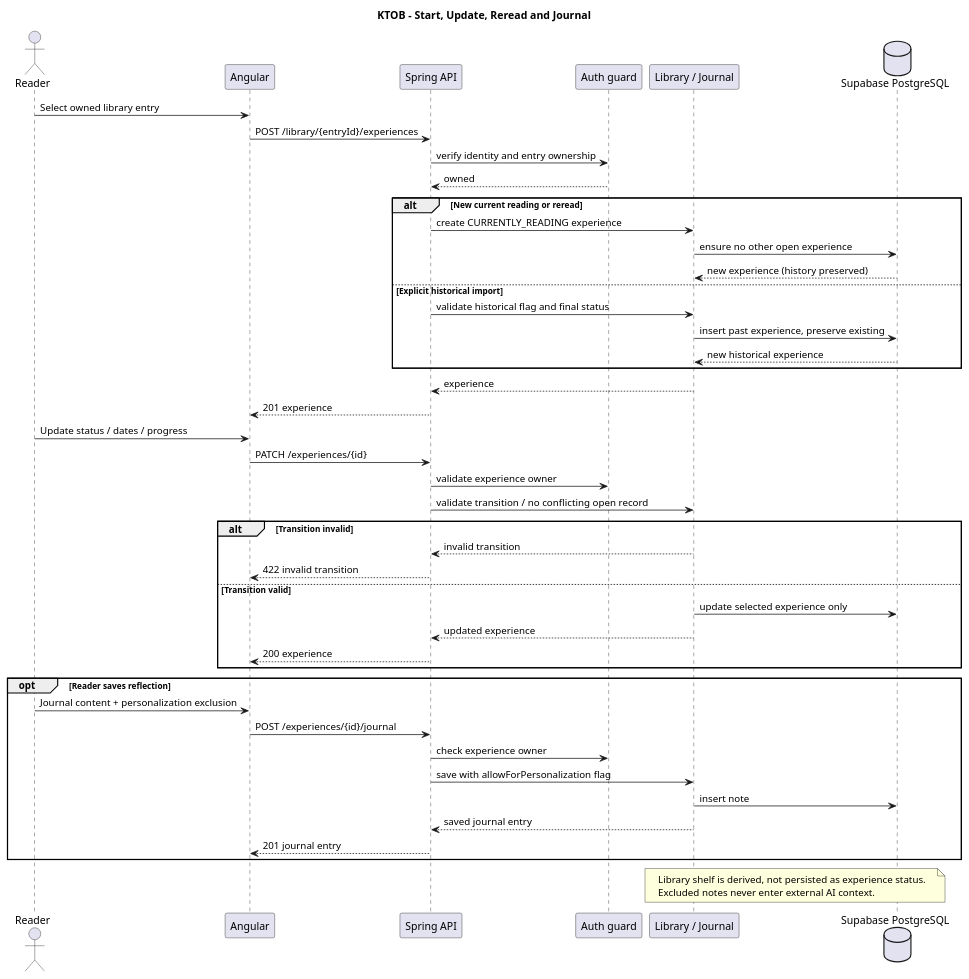
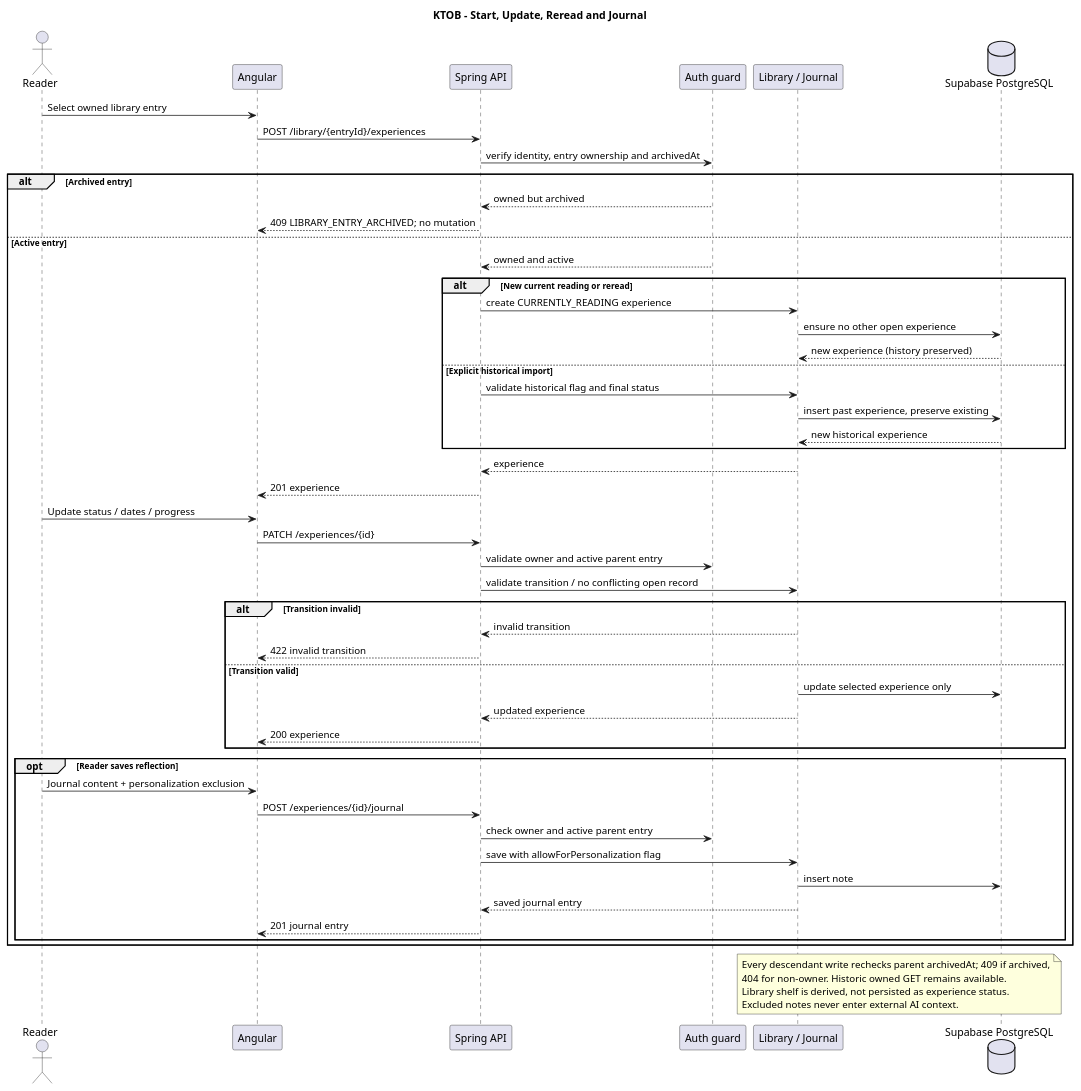
One commit to Adam-BArbia/ktob-literary-companion changed the diagram in docs/uml/08-sequence-reading-journal.puml. Above: the diagram before and after it, drawn with PlantUML. The commit also changed 15 other files, not shown here.

Commit message:
docs(architecture): resolve final UML, monetary and archival consistency gaps

```diff
--- a/docs/uml/08-sequence-reading-journal.puml
+++ b/docs/uml/08-sequence-reading-journal.puml
@@ -1,49 +1,56 @@
 @startuml KTOB_08_sequence_reading_journal
 title KTOB - Start, Update, Reread and Journal
 actor Reader
 participant "Angular" as UI
 participant "Spring API" as API
 participant "Auth guard" as Guard
 participant "Library / Journal" as Library
 database "Supabase PostgreSQL" as DB
 Reader -> UI : Select owned library entry
 UI -> API : POST /library/{entryId}/experiences
-API -> Guard : verify identity and entry ownership
-Guard --> API : owned
-alt New current reading or reread
+API -> Guard : verify identity, entry ownership and archivedAt
+alt Archived entry
+ Guard --> API : owned but archived
+ API --> UI : 409 LIBRARY_ENTRY_ARCHIVED; no mutation
+else Active entry
+ Guard --> API : owned and active
+ alt New current reading or reread
  API -> Library : create CURRENTLY_READING experience
  Library -> DB : ensure no other open experience
  DB --> Library : new experience (history preserved)
 else Explicit historical import
  API -> Library : validate historical flag and final status
  Library -> DB : insert past experience, preserve existing
  DB --> Library : new historical experience
-end
+ end
 Library --> API : experience
 API --> UI : 201 experience
 Reader -> UI : Update status / dates / progress
 UI -> API : PATCH /experiences/{id}
-API -> Guard : validate experience owner
+API -> Guard : validate owner and active parent entry
 API -> Library : validate transition / no conflicting open record
 alt Transition invalid
  Library --> API : invalid transition
 API --> UI : 422 invalid transition
 else Transition valid
  Library -> DB : update selected experience only
  Library --> API : updated experience
 API --> UI : 200 experience
 end
 opt Reader saves reflection
  Reader -> UI : Journal content + personalization exclusion
  UI -> API : POST /experiences/{id}/journal
- API -> Guard : check experience owner
+ API -> Guard : check owner and active parent entry
  API -> Library : save with allowForPersonalization flag
  Library -> DB : insert note
  Library --> API : saved journal entry
 API --> UI : 201 journal entry
 end
+end
 note over Library,DB
+Every descendant write rechecks parent archivedAt; 409 if archived,
+404 for non-owner. Historic owned GET remains available.
 Library shelf is derived, not persisted as experience status.
 Excluded notes never enter external AI context.
 end note
 @enduml
```
